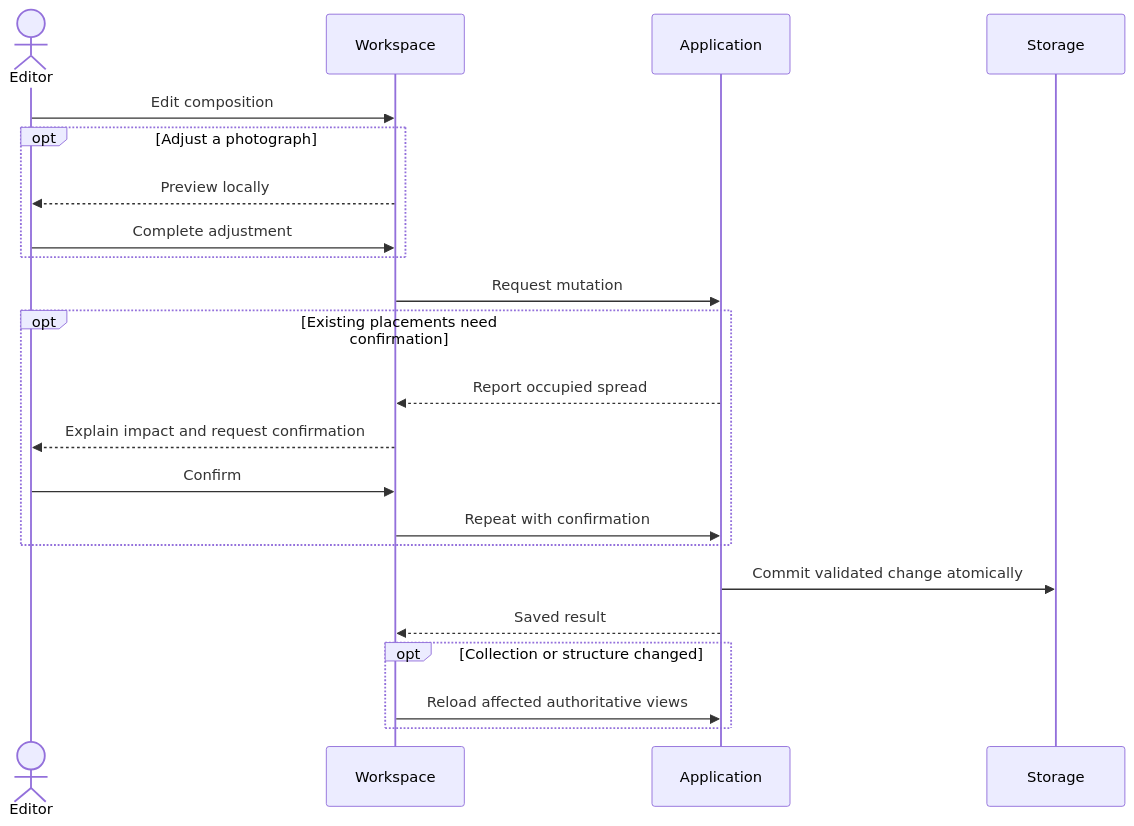
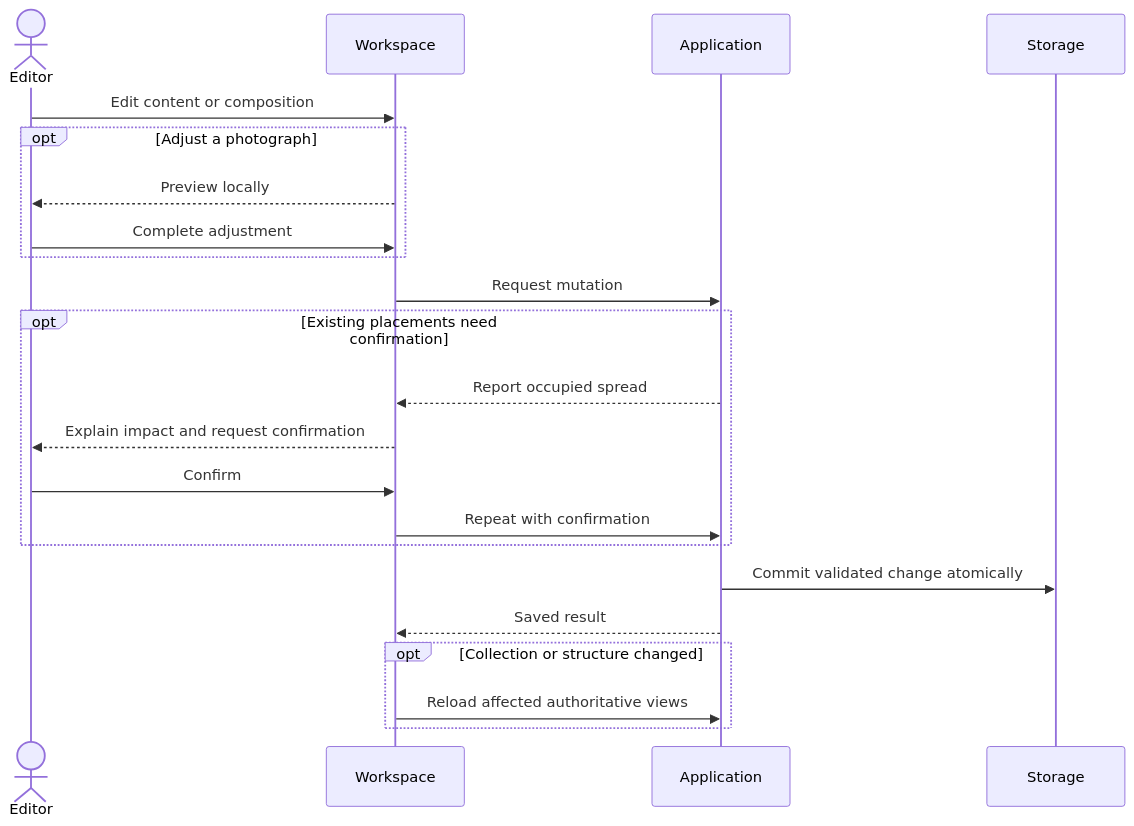
Before and after one commit to cosminci/photography: the fourth of 5 diagrams in specs/design.md, drawn with Mermaid. The commit also changed other lines of this file and 3 other files, not shown here.

````diff
--- a/specs/design.md
+++ b/specs/design.md
@@ -56,24 +73,24 @@
 ```mermaid
 sequenceDiagram
   actor Editor
   participant Workspace
   participant Application
   participant Storage
-  Editor->>Workspace: Edit composition
+  Editor->>Workspace: Edit content or composition
   opt Adjust a photograph
     Workspace-->>Editor: Preview locally
     Editor->>Workspace: Complete adjustment
   end
   Workspace->>Application: Request mutation
   opt Existing placements need confirmation
     Application-->>Workspace: Report occupied spread
     Workspace-->>Editor: Explain impact and request confirmation
     Editor->>Workspace: Confirm
     Workspace->>Application: Repeat with confirmation
   end
   Application->>Storage: Commit validated change atomically
   Application-->>Workspace: Saved result
   opt Collection or structure changed
     Workspace->>Application: Reload affected authoritative views
   end
 ```
````
